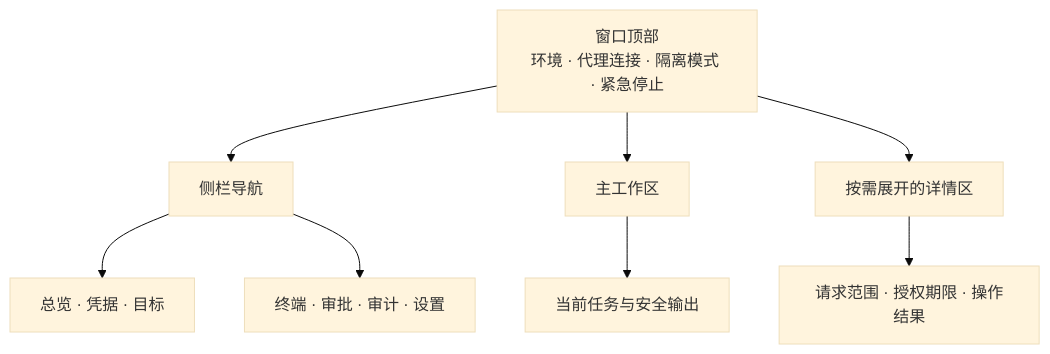
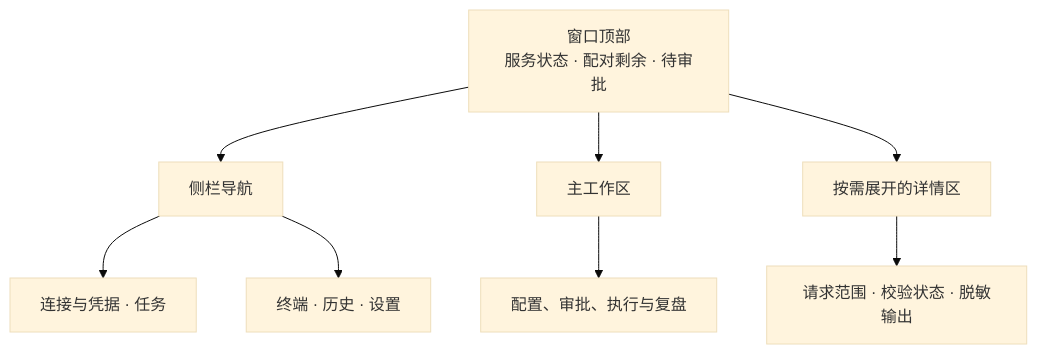
The diagram in docs/development/跨平台与UI规范.md (qq940500529/secretbridge), drawn with Mermaid (base theme) before and after one commit. The commit also changed other lines of this file and 52 other files, not shown here.

````diff
--- a/docs/development/跨平台与UI规范.md
+++ b/docs/development/跨平台与UI规范.md
@@ -52,11 +52,11 @@
 ```mermaid
 flowchart TB
-    H["窗口顶部<br/>环境 · 代理连接 · 隔离模式 · 紧急停止"]
+    H["窗口顶部<br/>服务状态 · 配对剩余 · 待审批"]
     H --> N["侧栏导航"]
     H --> W["主工作区"]
     H --> D["按需展开的详情区"]
-    N --> N1["总览 · 凭据 · 目标"]
-    N --> N2["终端 · 审批 · 审计 · 设置"]
-    W --> W1["当前任务与安全输出"]
-    D --> D1["请求范围 · 授权期限 · 操作结果"]
+    N --> N1["连接与凭据 · 任务"]
+    N --> N2["终端 · 历史 · 设置"]
+    W --> W1["配置、审批、执行与复盘"]
+    D --> D1["请求范围 · 校验状态 · 脱敏输出"]
 ```
````
